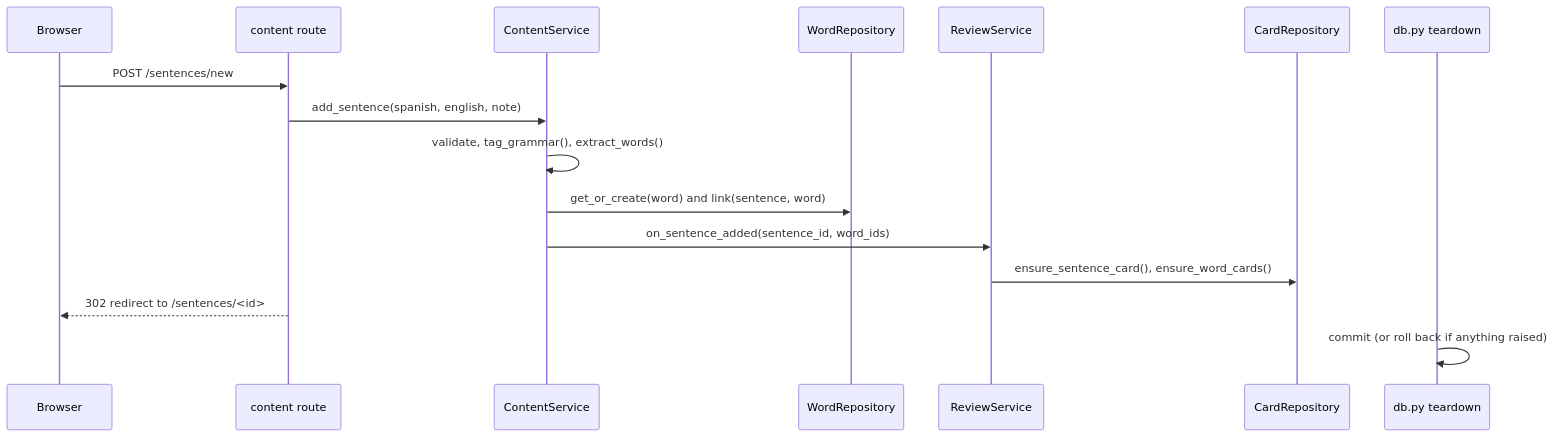
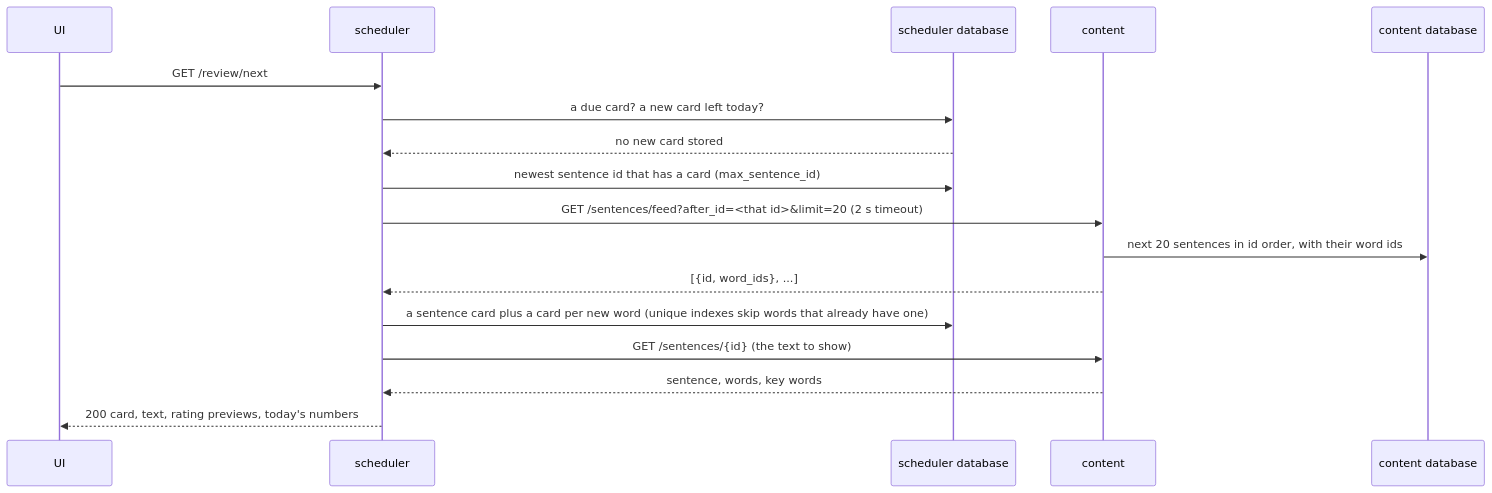
Before and after one commit to Allaawii/devops_individual_assignment_1: the fourth of 6 diagrams in docs/diagrams.md, drawn with Mermaid. The commit also changed other lines of this file and 1 other file, not shown here.

Commit message:
Rewrite the README for the two services (compose, one service alone, tests, migrations, CI/CD jobs, Azure resources and the one-time setup) and the diagrams (before and after architecture, deployment, the pull, content down, one database per service)

````diff
--- a/docs/diagrams.md
+++ b/docs/diagrams.md
@@ -60,19 +104,20 @@
 ```mermaid
 sequenceDiagram
-    participant B as Browser
-    participant R as content route
-    participant C as ContentService
-    participant W as WordRepository
-    participant S as ReviewService
-    participant K as CardRepository
-    participant D as db.py teardown
+    participant U as UI
+    participant S as scheduler
+    participant SD as scheduler database
+    participant C as content
+    participant CD as content database
 
-    B->>R: POST /sentences/new
-    R->>C: add_sentence(spanish, english, note)
-    C->>C: validate, tag_grammar(), extract_words()
-    C->>W: get_or_create(word) and link(sentence, word)
-    C->>S: on_sentence_added(sentence_id, word_ids)
-    S->>K: ensure_sentence_card(), ensure_word_cards()
-    R-->>B: 302 redirect to /sentences/<id>
-    D->>D: commit (or roll back if anything raised)
+    U->>S: GET /review/next
+    S->>SD: a due card? a new card left today?
+    SD-->>S: no new card stored
+    S->>SD: newest sentence id that has a card (max_sentence_id)
+    S->>C: GET /sentences/feed?after_id=<that id>&limit=20 (2 s timeout)
+    C->>CD: next 20 sentences in id order, with their word ids
+    C-->>S: [{id, word_ids}, ...]
+    S->>SD: a sentence card plus a card per new word (unique indexes skip words that already have one)
+    S->>C: GET /sentences/{id} (the text to show)
+    C-->>S: sentence, words, key words
+    S-->>U: 200 card, text, rating previews, today's numbers
 ```
````
